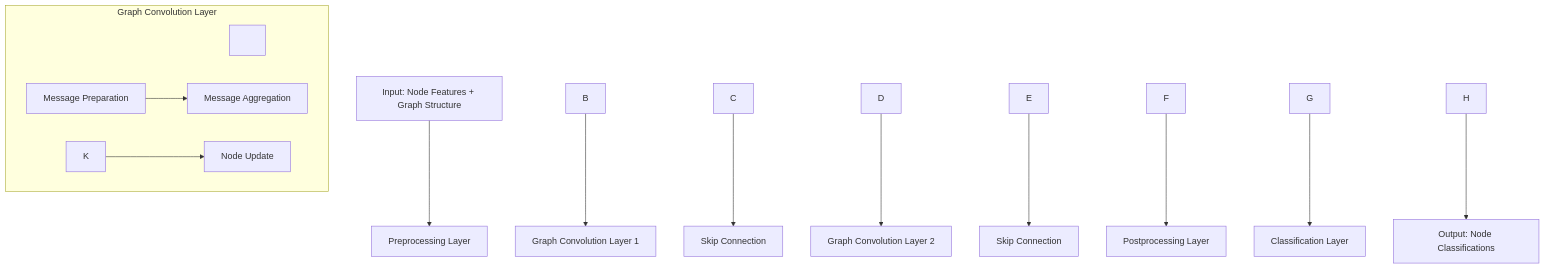
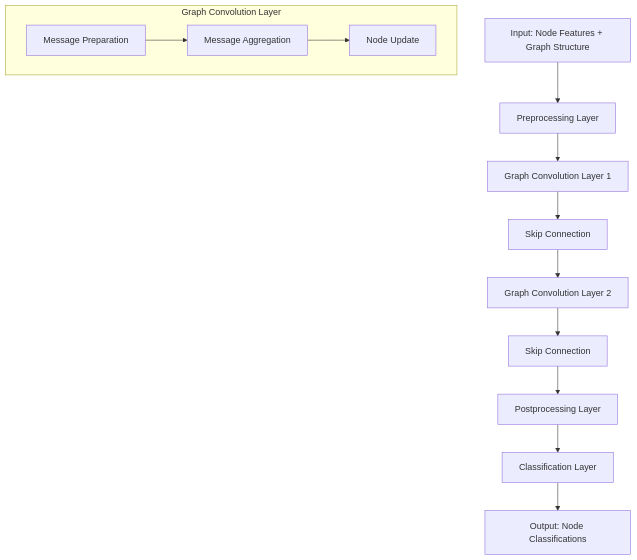
One commit to dhruvsh1997/GraphLearn-Graph-Neural-Network-for-Node-Classification changed the second of 4 diagrams in README.MD. Above: the diagram before and after it, drawn with Mermaid. The commit also changed other lines of this file, not shown here.

````diff
--- a/README.MD
+++ b/README.MD
@@ -93,31 +65,16 @@
 ```mermaid
+graph TD
+    A[Input: Node Features + Graph Structure] --> B[Preprocessing Layer]
+    B --> C[Graph Convolution Layer 1]
+    C --> D[Skip Connection]
+    D --> E[Graph Convolution Layer 2]
+    E --> F[Skip Connection]
+    F --> G[Postprocessing Layer]
+    G --> H[Classification Layer]
+    H --> I[Output: Node Classifications]
 
-graph TD
-
-&nbsp;   A\[Input: Node Features + Graph Structure] --> B\[Preprocessing Layer]
-
-&nbsp;   B --> C\[Graph Convolution Layer 1]
-
-&nbsp;   C --> D\[Skip Connection]
-
-&nbsp;   D --> E\[Graph Convolution Layer 2]
-
-&nbsp;   E --> F\[Skip Connection]
-
-&nbsp;   F --> G\[Postprocessing Layer]
-
-&nbsp;   G --> H\[Classification Layer]
-
-&nbsp;   H --> I\[Output: Node Classifications]
-
-&nbsp;   
-
-&nbsp;   subgraph "Graph Convolution Layer"
-
-&nbsp;       J\[Message Preparation] --> K\[Message Aggregation]
-
-&nbsp;       K --> L\[Node Update]
-
-&nbsp;   end
-
+    subgraph "Graph Convolution Layer"
+        J[Message Preparation] --> K[Message Aggregation]
+        K --> L[Node Update]
+    end
 ```
````
